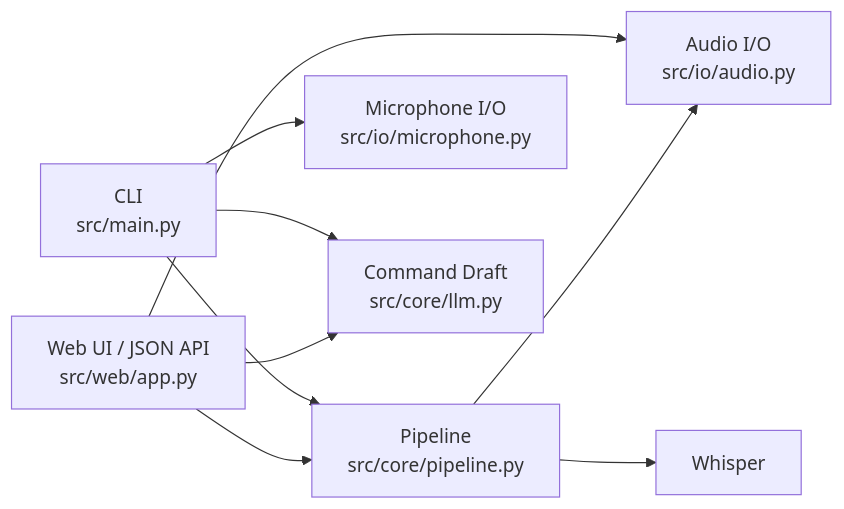
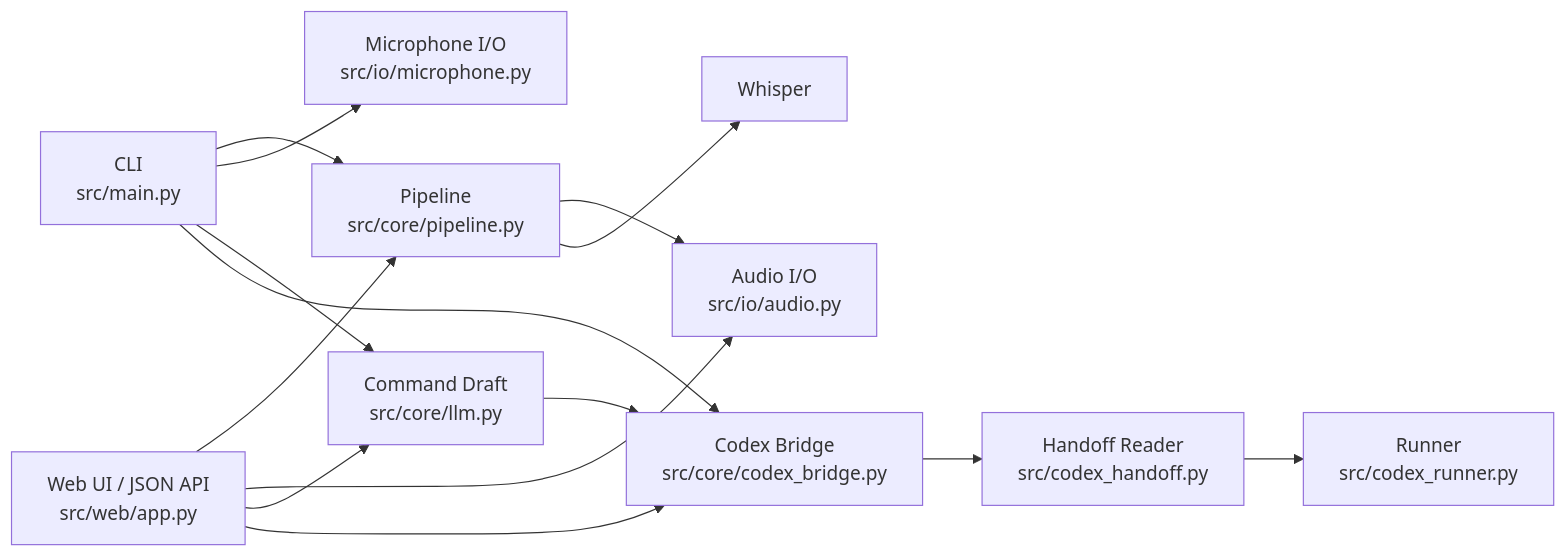
Before and after one commit to hiro-collab/ai_talk_core: the first of 3 diagrams in README.md, drawn with Mermaid. The commit also changed other lines of this file and 5 other files, not shown here.

Commit message:
Add Codex exec runner template and CPU fallback

````diff
--- a/README.md
+++ b/README.md
@@ -17,19 +17,27 @@
 ```mermaid
 flowchart LR
     CLI["CLI\nsrc/main.py"]
     WEB["Web UI / JSON API\nsrc/web/app.py"]
     PIPE["Pipeline\nsrc/core/pipeline.py"]
     MIC["Microphone I/O\nsrc/io/microphone.py"]
     AUDIO["Audio I/O\nsrc/io/audio.py"]
     DRAFT["Command Draft\nsrc/core/llm.py"]
+    BRIDGE["Codex Bridge\nsrc/core/codex_bridge.py"]
+    HANDOFF["Handoff Reader\nsrc/codex_handoff.py"]
+    RUNNER["Runner\nsrc/codex_runner.py"]
     WHISPER["Whisper"]
 
     CLI --> PIPE
     WEB --> PIPE
     CLI --> MIC
     WEB --> AUDIO
     PIPE --> AUDIO
     PIPE --> WHISPER
     CLI --> DRAFT
     WEB --> DRAFT
+    DRAFT --> BRIDGE
+    CLI --> BRIDGE
+    WEB --> BRIDGE
+    BRIDGE --> HANDOFF
+    HANDOFF --> RUNNER
 ```
````
